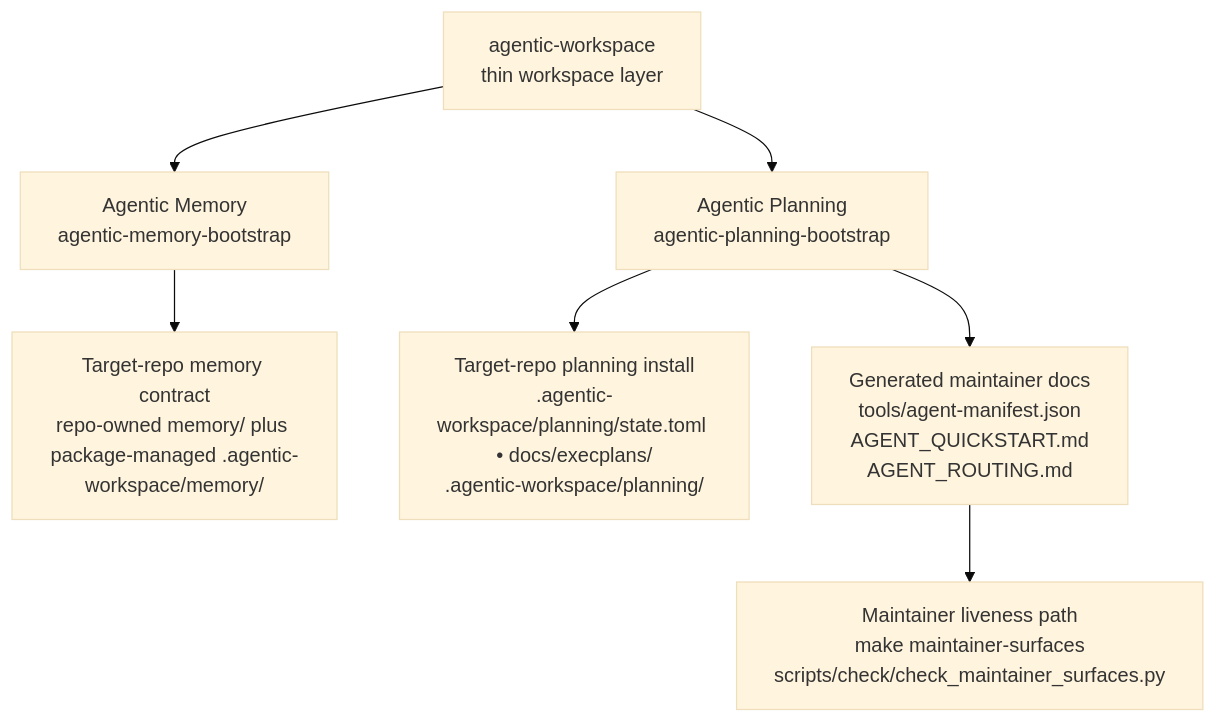
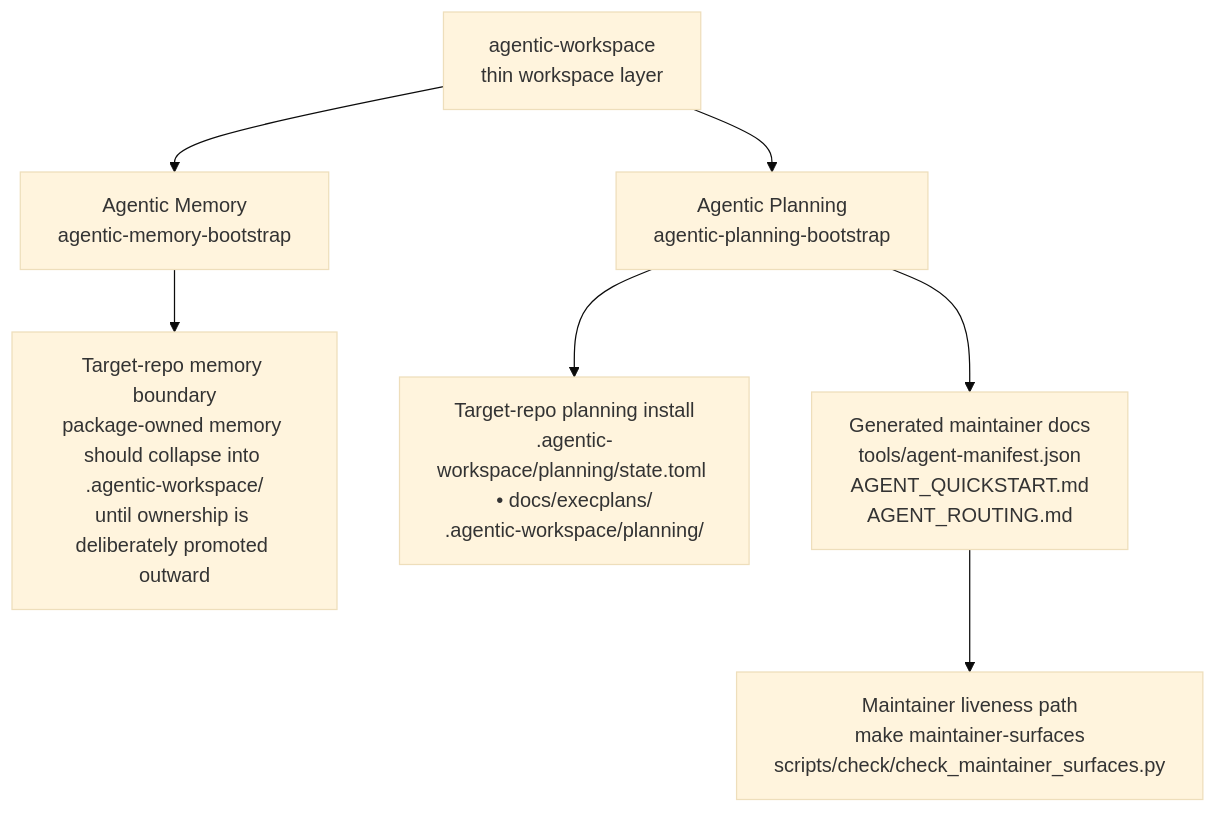
One commit to rickardvh/agentic-workspace changed the diagram in docs/architecture.md. Above: the diagram before and after it, drawn with Mermaid (base theme). The commit also changed 8 other files, not shown here.

````diff
--- a/docs/architecture.md
+++ b/docs/architecture.md
@@ -9,9 +9,9 @@
 ```mermaid
 flowchart TD
     W[agentic-workspace\nthin workspace layer] --> M[Agentic Memory\nagentic-memory-bootstrap]
     W --> P[Agentic Planning\nagentic-planning-bootstrap]
     P --> R[Target-repo planning install\n.agentic-workspace/planning/state.toml • docs/execplans/\n.agentic-workspace/planning/]
-    M --> N[Target-repo memory contract\nrepo-owned memory/ plus package-managed .agentic-workspace/memory/]
+    M --> N[Target-repo memory boundary\npackage-owned memory should collapse into .agentic-workspace/\nuntil ownership is deliberately promoted outward]
     P --> G[Generated maintainer docs\ntools/agent-manifest.json\nAGENT_QUICKSTART.md\nAGENT_ROUTING.md]
     G --> C[Maintainer liveness path\nmake maintainer-surfaces\nscripts/check/check_maintainer_surfaces.py]
 ```
````
